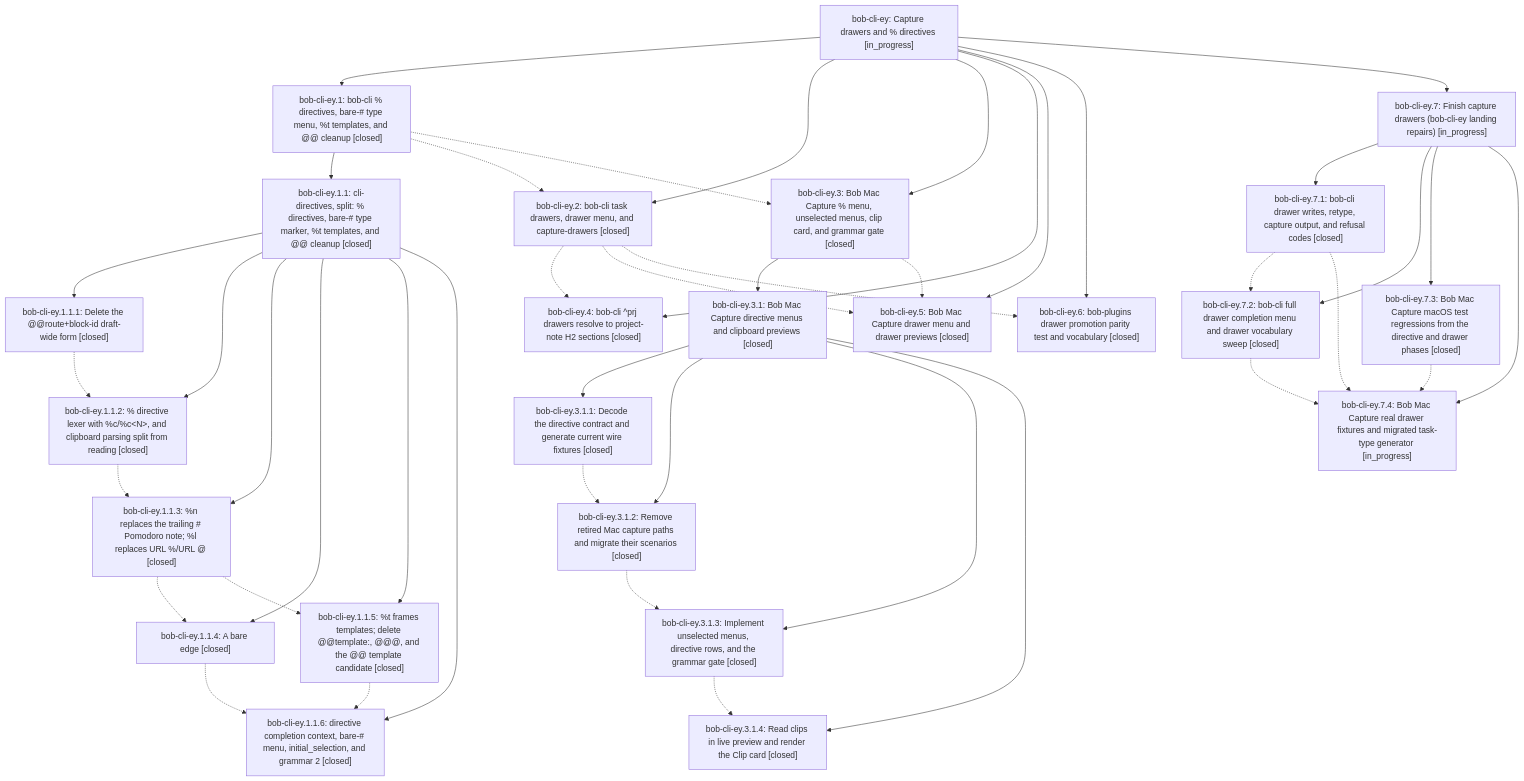
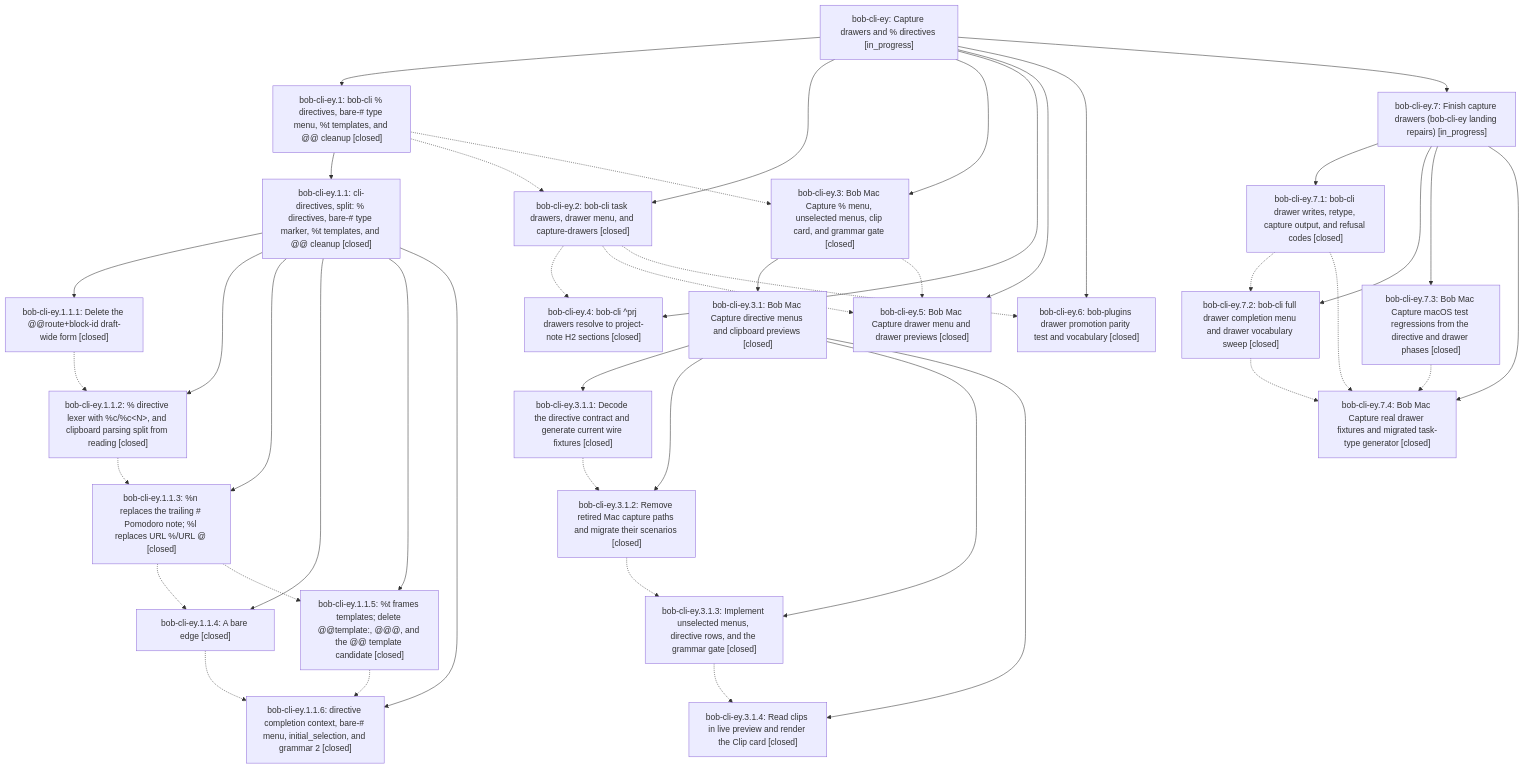
Before and after one commit to bobs-org/bob-cli--beads: the diagram in pages/bob-cli-ey/README.md, drawn with Mermaid. The commit also changed other lines of this file and 5 other files, not shown here.

First line of the commit message:
chore(beads): sync bead state and pages for bob-cli-ey

````diff
--- a/pages/bob-cli-ey/README.md
+++ b/pages/bob-cli-ey/README.md
@@ -47,69 +47,69 @@
 ```mermaid
 flowchart TD
     n0["bob-cli-ey: Capture drawers and % directives [in_progress]"]
     n1["bob-cli-ey.1: bob-cli % directives, bare-# type menu, %t templates, and @@ cleanup [closed]"]
     n2["bob-cli-ey.1.1: cli-directives, split: % directives, bare-# type marker, %t templates, and @@ cleanup [closed]"]
     n3["bob-cli-ey.1.1.1: Delete the @@route+block-id draft-wide form [closed]"]
     n4["bob-cli-ey.1.1.2: % directive lexer with %c/%c&lt;N&gt;, and clipboard parsing split from reading [closed]"]
     n5["bob-cli-ey.1.1.3: %n replaces the trailing # Pomodoro note; %l replaces URL %/URL @ [closed]"]
     n6["bob-cli-ey.1.1.4: A bare edge [closed]"]
     n7["bob-cli-ey.1.1.5: %t frames templates; delete @@template:, @@@, and the @@ template candidate [closed]"]
     n8["bob-cli-ey.1.1.6: directive completion context, bare-# menu, initial_selection, and grammar 2 [closed]"]
     n9["bob-cli-ey.2: bob-cli task drawers, drawer menu, and capture-drawers [closed]"]
     n10["bob-cli-ey.3: Bob Mac Capture % menu, unselected menus, clip card, and grammar gate [closed]"]
     n11["bob-cli-ey.3.1: Bob Mac Capture directive menus and clipboard previews [closed]"]
     n12["bob-cli-ey.3.1.1: Decode the directive contract and generate current wire fixtures [closed]"]
     n13["bob-cli-ey.3.1.2: Remove retired Mac capture paths and migrate their scenarios [closed]"]
     n14["bob-cli-ey.3.1.3: Implement unselected menus, directive rows, and the grammar gate [closed]"]
     n15["bob-cli-ey.3.1.4: Read clips in live preview and render the Clip card [closed]"]
     n16["bob-cli-ey.4: bob-cli ^prj drawers resolve to project-note H2 sections [closed]"]
     n17["bob-cli-ey.5: Bob Mac Capture drawer menu and drawer previews [closed]"]
     n18["bob-cli-ey.6: bob-plugins drawer promotion parity test and vocabulary [closed]"]
     n19["bob-cli-ey.7: Finish capture drawers (bob-cli-ey landing repairs) [in_progress]"]
     n20["bob-cli-ey.7.1: bob-cli drawer writes, retype, capture output, and refusal codes [closed]"]
     n21["bob-cli-ey.7.2: bob-cli full drawer completion menu and drawer vocabulary sweep [closed]"]
     n22["bob-cli-ey.7.3: Bob Mac Capture macOS test regressions from the directive and drawer phases [closed]"]
-    n23["bob-cli-ey.7.4: Bob Mac Capture real drawer fixtures and migrated task-type generator [in_progress]"]
+    n23["bob-cli-ey.7.4: Bob Mac Capture real drawer fixtures and migrated task-type generator [closed]"]
     n0 --> n1
     n1 --> n2
     n2 --> n3
     n2 --> n4
     n2 --> n5
     n2 --> n6
     n2 --> n7
     n2 --> n8
     n0 --> n9
     n0 --> n10
     n10 --> n11
     n11 --> n12
     n11 --> n13
     n11 --> n14
     n11 --> n15
     n0 --> n16
     n0 --> n17
     n0 --> n18
     n0 --> n19
     n19 --> n20
     n19 --> n21
     n19 --> n22
     n19 --> n23
     n1 -.-> n9
     n1 -.-> n10
     n3 -.-> n4
     n4 -.-> n5
     n5 -.-> n6
     n5 -.-> n7
     n6 -.-> n8
     n7 -.-> n8
     n9 -.-> n16
     n9 -.-> n17
     n9 -.-> n18
     n10 -.-> n17
     n12 -.-> n13
     n13 -.-> n14
     n14 -.-> n15
     n20 -.-> n21
     n20 -.-> n23
     n21 -.-> n23
     n22 -.-> n23
 ```
````
